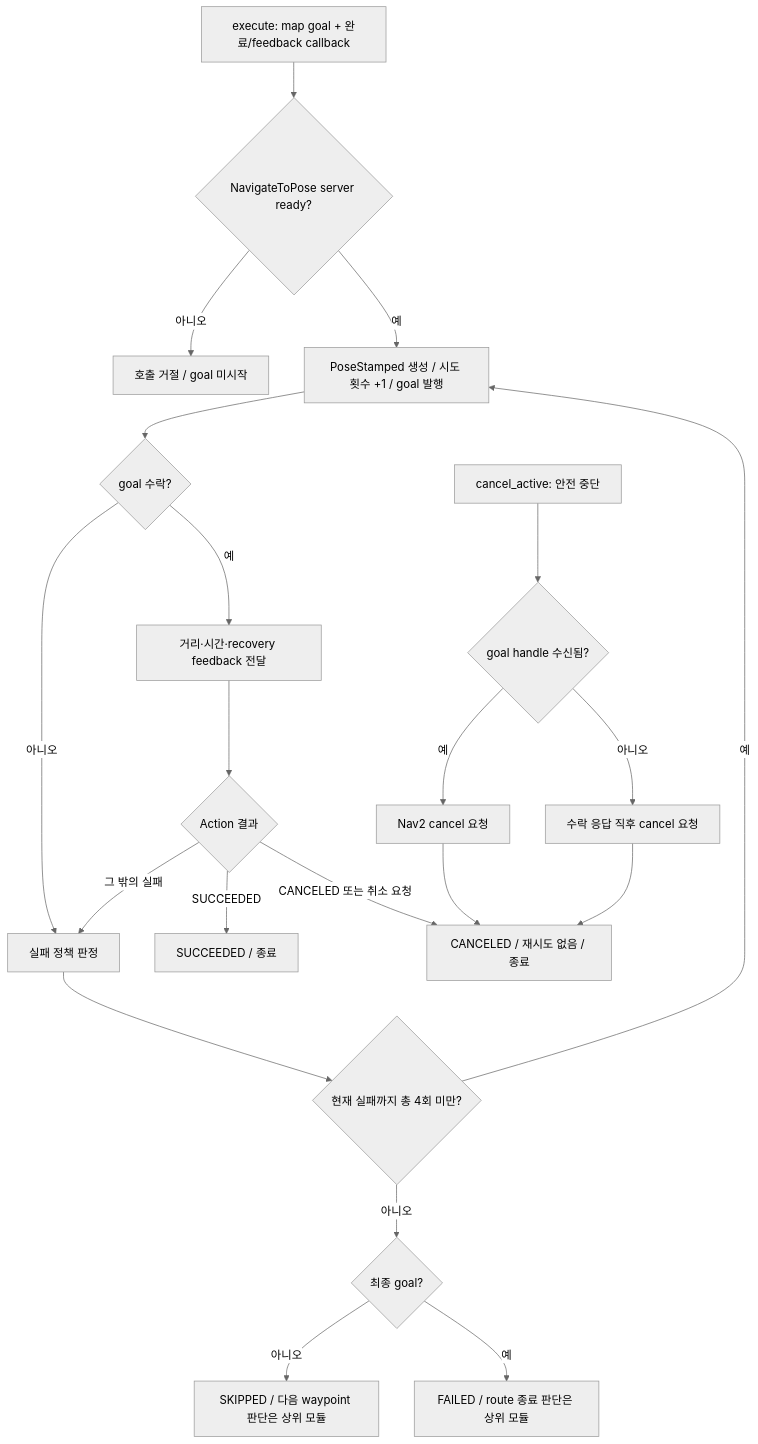
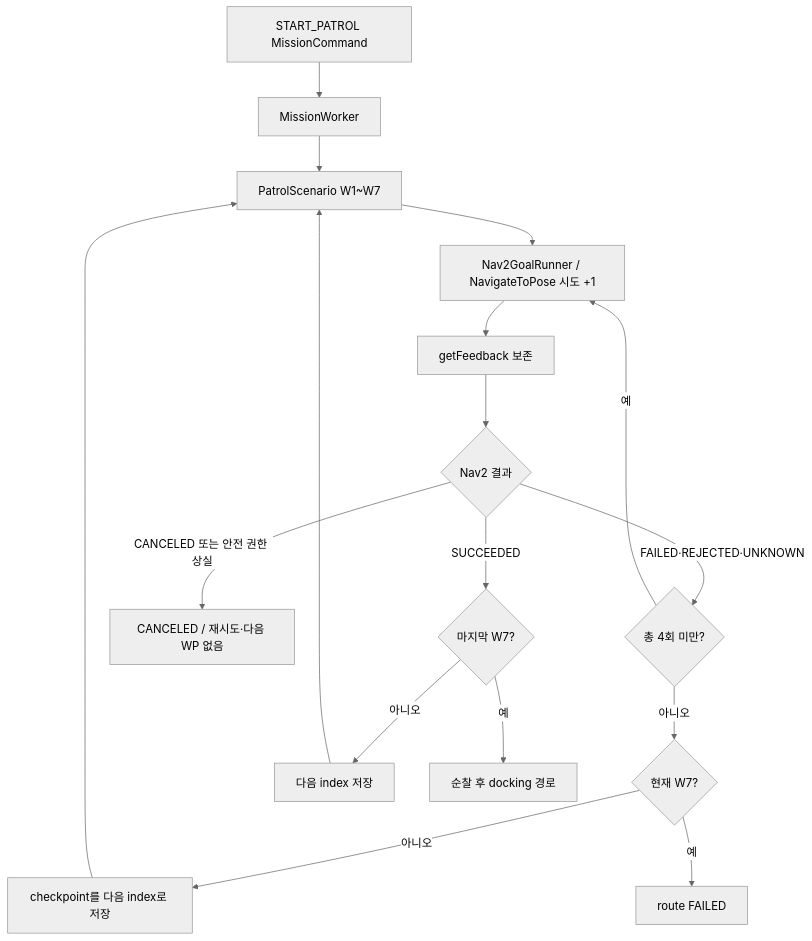
Diagram 15 of 20 in docs/amr.md (suuuhululu/patrol), drawn with Mermaid (neutral theme) before and after one commit. The commit also changed other lines of this file and 42 other files, not shown here.

```diff
--- a/docs/amr.md
+++ b/docs/amr.md
@@ -605,21 +604,17 @@
 ~~~mermaid
 flowchart TD
-    EXEC[execute: map goal + 완료/feedback callback] --> READY{NavigateToPose server ready?}
-    READY -->|아니오| REJECT[호출 거절 / goal 미시작]
-    READY -->|예| SEND[PoseStamped 생성 / 시도 횟수 +1 / goal 발행]
-    SEND --> ACCEPT{goal 수락?}
-    ACCEPT -->|아니오| FAILED[실패 정책 판정]
-    ACCEPT -->|예| FEEDBACK[거리·시간·recovery feedback 전달]
-    FEEDBACK --> RESULT{Action 결과}
-    RESULT -->|SUCCEEDED| SUCCESS[SUCCEEDED / 종료]
-    RESULT -->|CANCELED 또는 취소 요청| CANCELED[CANCELED / 재시도 없음 / 종료]
-    RESULT -->|그 밖의 실패| FAILED
-    CANCEL[cancel_active: 안전 중단] --> HANDLE{goal handle 수신됨?}
-    HANDLE -->|예| CANCELNAV[Nav2 cancel 요청] --> CANCELED
-    HANDLE -->|아니오| WAIT[수락 응답 직후 cancel 요청] --> CANCELED
-    FAILED --> RETRY{현재 실패까지 총 4회 미만?}
+    CMD[START_PATROL MissionCommand] --> WORKER[MissionWorker]
+    WORKER --> PATROL[PatrolScenario W1~W7]
+    PATROL --> SEND[Nav2GoalRunner / NavigateToPose 시도 +1]
+    SEND --> FEEDBACK[getFeedback 보존]
+    FEEDBACK --> RESULT{Nav2 결과}
+    RESULT -->|SUCCEEDED| NEXT{마지막 W7?}
+    RESULT -->|CANCELED 또는 안전 권한 상실| CANCEL[CANCELED / 재시도·다음 WP 없음]
+    RESULT -->|FAILED·REJECTED·UNKNOWN| RETRY{총 4회 미만?}
     RETRY -->|예| SEND
-    RETRY -->|아니오| FINAL{최종 goal?}
-    FINAL -->|아니오| SKIP[SKIPPED / 다음 waypoint 판단은 상위 모듈]
-    FINAL -->|예| ROUTEFAIL[FAILED / route 종료 판단은 상위 모듈]
+    RETRY -->|아니오| FINAL{현재 W7?}
+    FINAL -->|아니오| SKIP[checkpoint를 다음 index로 저장] --> PATROL
+    FINAL -->|예| FAIL[route FAILED]
+    NEXT -->|아니오| CHECKPOINT[다음 index 저장] --> PATROL
+    NEXT -->|예| DOCK[순찰 후 docking 경로]
 ~~~
```
